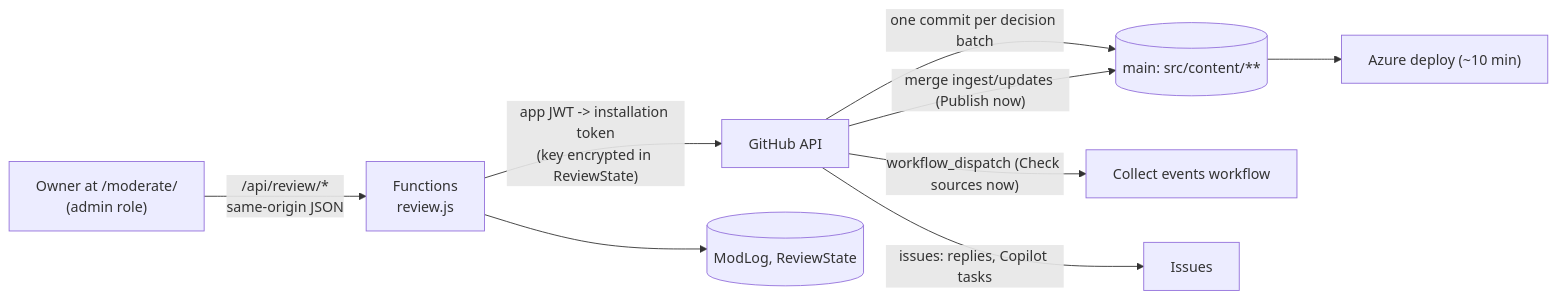
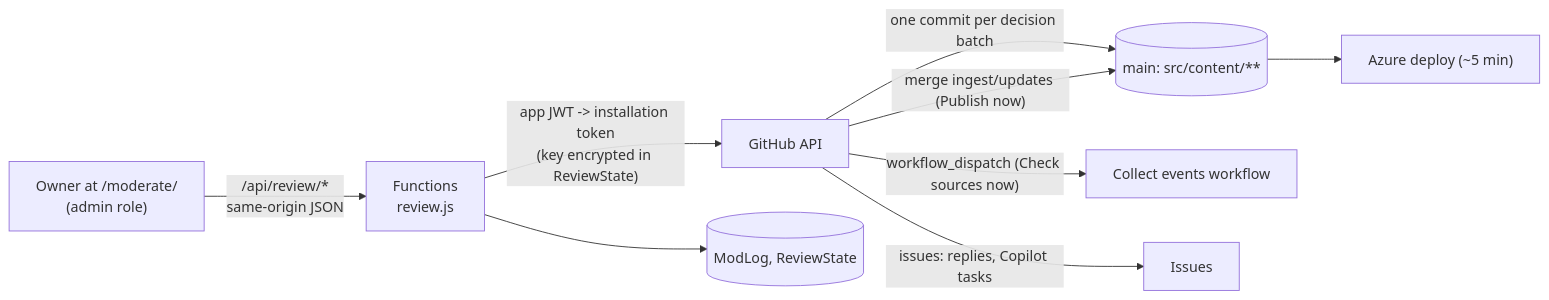
The fourth of 4 diagrams in docs/architecture.md (michaelsrichter/long-island-dance-events), drawn with Mermaid before and after one commit. The commit also changed other lines of this file and 6 other files, not shown here.

````diff
--- a/docs/architecture.md
+++ b/docs/architecture.md
@@ -159,11 +159,11 @@
 ```mermaid
 flowchart LR
   O["Owner at /moderate/<br/>(admin role)"] -->|"/api/review/*<br/>same-origin JSON"| FN["Functions<br/>review.js"]
   FN -->|"app JWT -> installation token<br/>(key encrypted in ReviewState)"| GH["GitHub API"]
   GH -->|"one commit per decision batch"| MAIN[("main: src/content/**")]
   GH -->|"merge ingest/updates (Publish now)"| MAIN
   GH -->|"workflow_dispatch (Check sources now)"| ACT["Collect events workflow"]
   GH -->|"issues: replies, Copilot tasks"| ISS["Issues"]
   FN --> LOG[("ModLog, ReviewState")]
-  MAIN --> DEPLOY["Azure deploy (~10 min)"]
+  MAIN --> DEPLOY["Azure deploy (~5 min)"]
 ```
````
